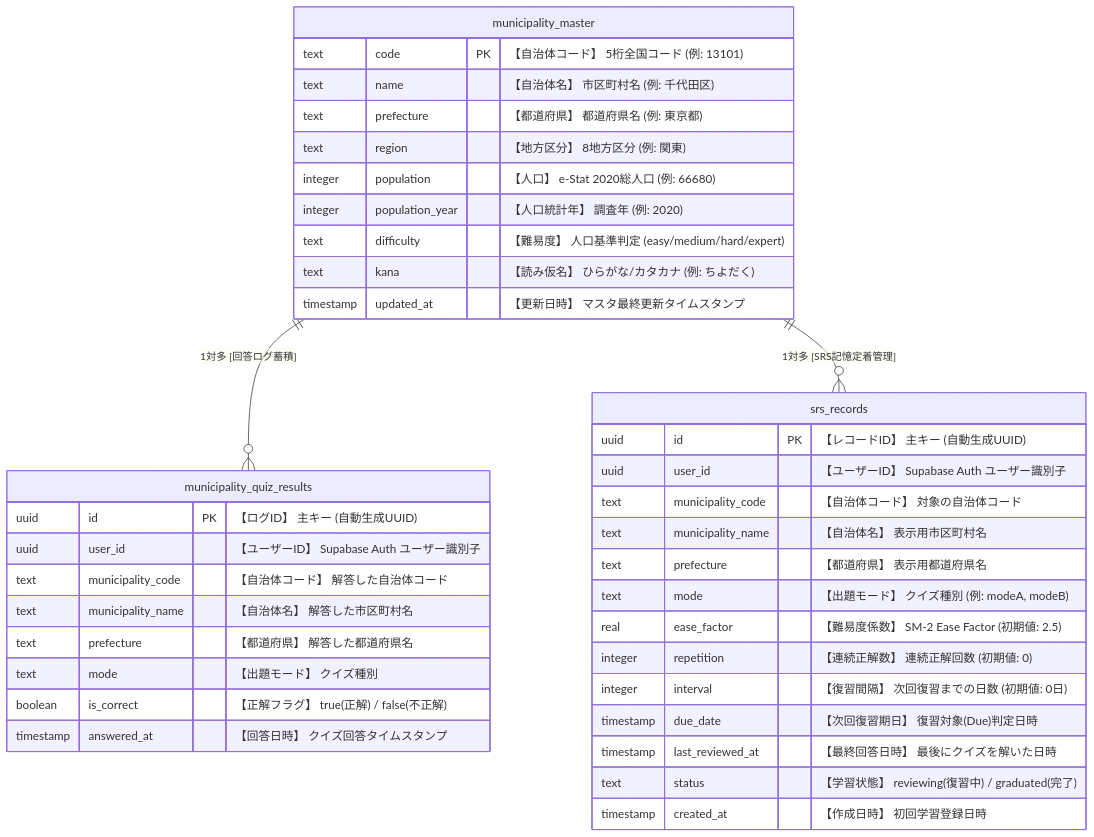
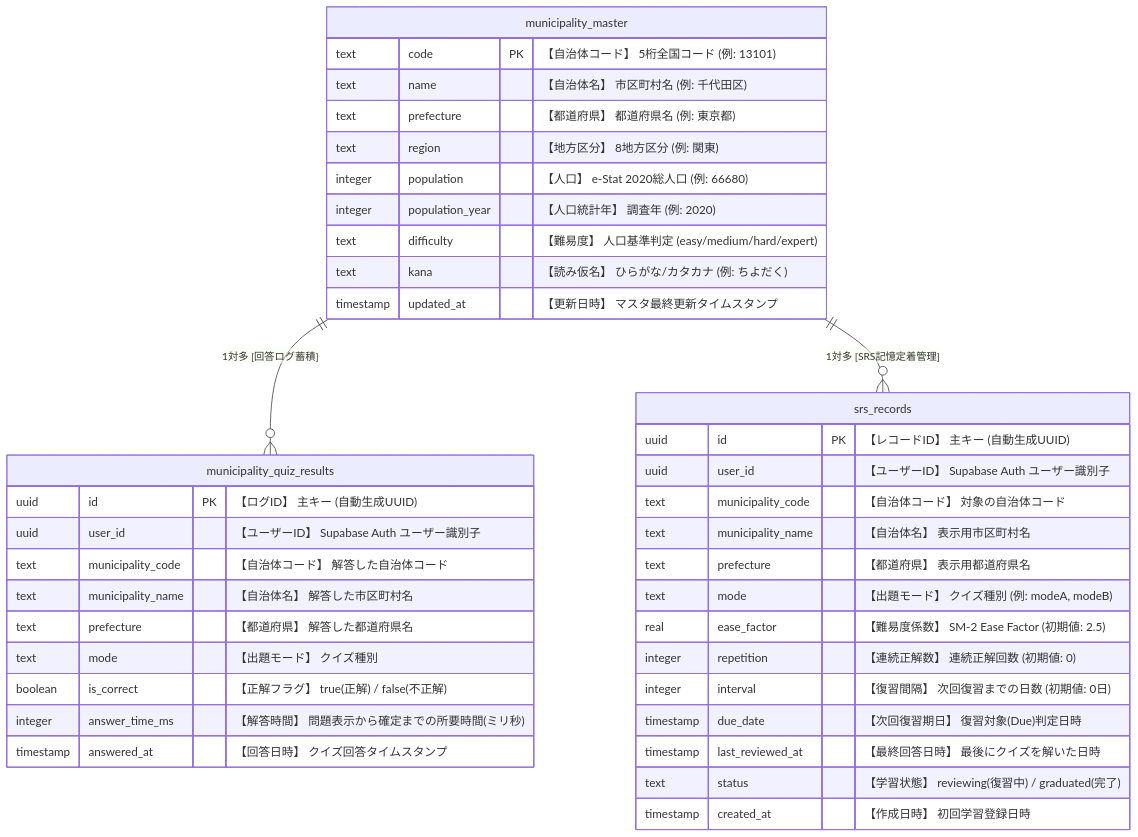
One commit to faruryo/geo-dojo changed the diagram in docs/db-schema.md. Above: the diagram before and after it, drawn with Mermaid. The commit also changed other lines of this file and 11 other files, not shown here.

````diff
--- a/docs/db-schema.md
+++ b/docs/db-schema.md
@@ -12,48 +12,49 @@
 ```mermaid
 erDiagram
     %% リレーションシップと各テーブルの役割
     municipality_master ||--o{ municipality_quiz_results : "1対多 [回答ログ蓄積]"
     municipality_master ||--o{ srs_records : "1対多 [SRS記憶定着管理]"
 
     %% 1. 市区町村マスタ (自治体・人口・難易度の基本情報)
     municipality_master {
         text code PK "【自治体コード】 5桁全国コード (例: 13101)"
         text name "【自治体名】 市区町村名 (例: 千代田区)"
         text prefecture "【都道府県】 都道府県名 (例: 東京都)"
         text region "【地方区分】 8地方区分 (例: 関東)"
         integer population "【人口】 e-Stat 2020総人口 (例: 66680)"
         integer population_year "【人口統計年】 調査年 (例: 2020)"
         text difficulty "【難易度】 人口基準判定 (easy/medium/hard/expert)"
         text kana "【読み仮名】 ひらがな/カタカナ (例: ちよだく)"
         timestamp updated_at "【更新日時】 マスタ最終更新タイムスタンプ"
     }
 
     %% 2. SRS学習状態 (SM-2間隔反復による復習スケジュール管理)
     srs_records {
         uuid id PK "【レコードID】 主キー (自動生成UUID)"
         uuid user_id "【ユーザーID】 Supabase Auth ユーザー識別子"
         text municipality_code "【自治体コード】 対象の自治体コード"
         text municipality_name "【自治体名】 表示用市区町村名"
         text prefecture "【都道府県】 表示用都道府県名"
         text mode "【出題モード】 クイズ種別 (例: modeA, modeB)"
         real ease_factor "【難易度係数】 SM-2 Ease Factor (初期値: 2.5)"
         integer repetition "【連続正解数】 連続正解回数 (初期値: 0)"
         integer interval "【復習間隔】 次回復習までの日数 (初期値: 0日)"
         timestamp due_date "【次回復習期日】 復習対象(Due)判定日時"
         timestamp last_reviewed_at "【最終回答日時】 最後にクイズを解いた日時"
         text status "【学習状態】 reviewing(復習中) / graduated(完了)"
         timestamp created_at "【作成日時】 初回学習登録日時"
     }
 
     %% 3. クイズ回答履歴 (全回答ログの蓄積と苦手傾向分析)
     municipality_quiz_results {
         uuid id PK "【ログID】 主キー (自動生成UUID)"
         uuid user_id "【ユーザーID】 Supabase Auth ユーザー識別子"
         text municipality_code "【自治体コード】 解答した自治体コード"
         text municipality_name "【自治体名】 解答した市区町村名"
         text prefecture "【都道府県】 解答した都道府県名"
         text mode "【出題モード】 クイズ種別"
         boolean is_correct "【正解フラグ】 true(正解) / false(不正解)"
+        integer answer_time_ms "【解答時間】 問題表示から確定までの所要時間(ミリ秒)"
         timestamp answered_at "【回答日時】 クイズ回答タイムスタンプ"
     }
 ```
````
